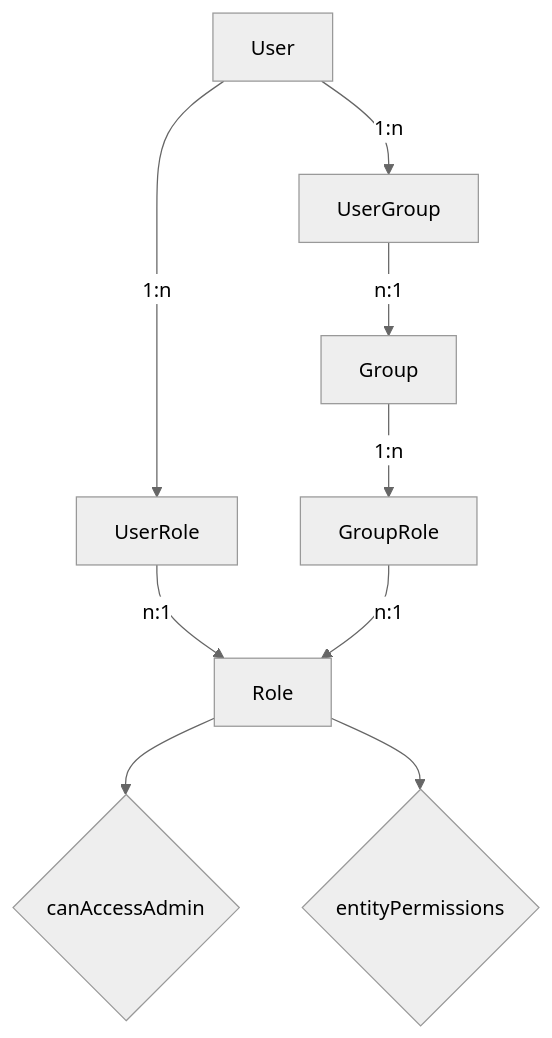
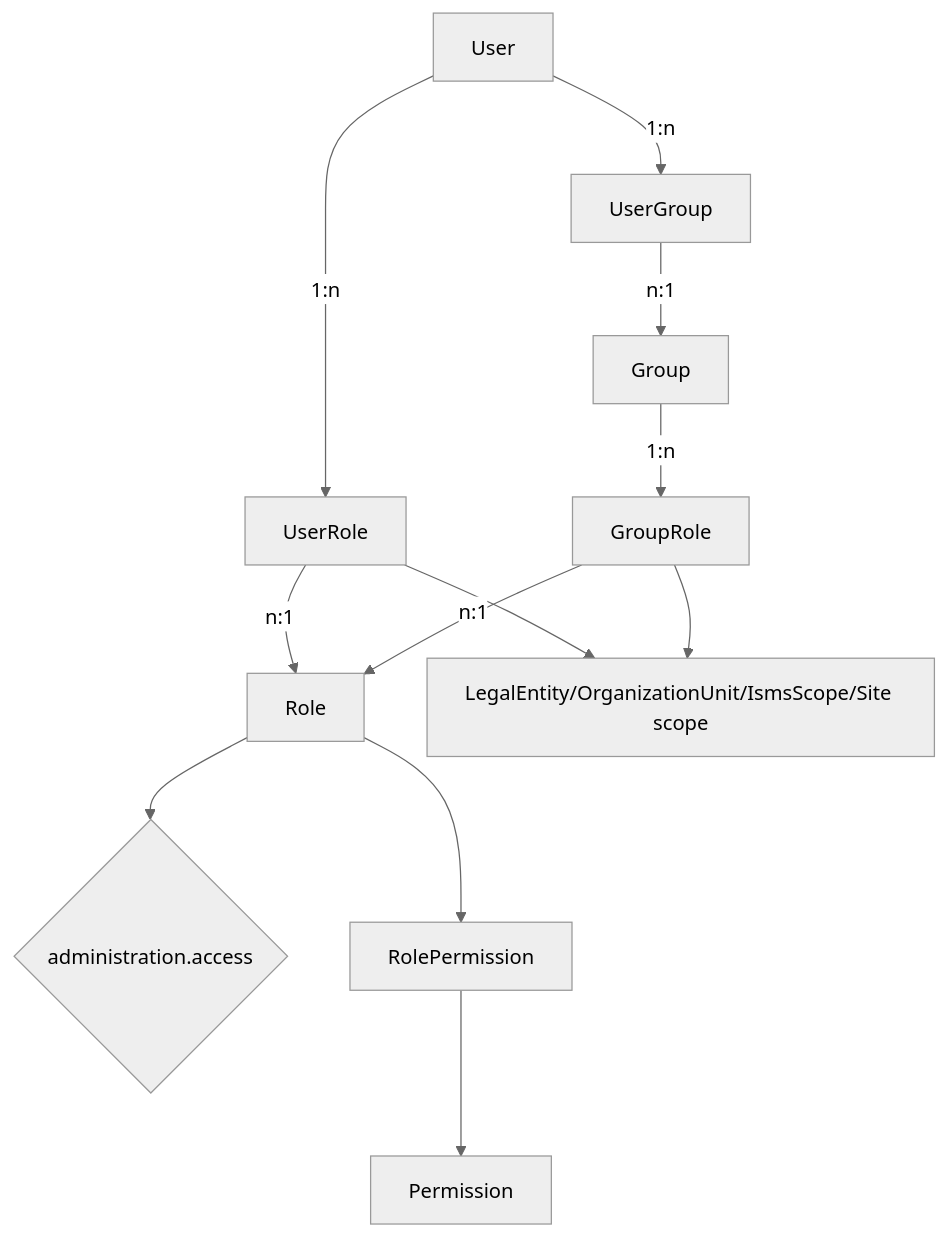
The first of 2 diagrams in docs/security-model.md (jangatzke/Asset-Management), drawn with Mermaid (neutral theme) before and after one commit. The commit also changed other lines of this file and 38 other files, not shown here.

````diff
--- a/docs/security-model.md
+++ b/docs/security-model.md
@@ -74,12 +74,15 @@
 ```mermaid
 graph TD
     A[User] -->|1:n| B[UserRole]
     B -->|n:1| C[Role]
     A -->|1:n| D[UserGroup]
     D -->|n:1| E[Group]
     E -->|1:n| F[GroupRole]
     F -->|n:1| C
 
-    C --> G{canAccessAdmin}
-    C --> H{entityPermissions}
+    C --> G{administration.access}
+    C --> H[RolePermission]
+    H --> I[Permission]
+    B --> J[LegalEntity/OrganizationUnit/IsmsScope/Site scope]
+    F --> J
 ```
````
